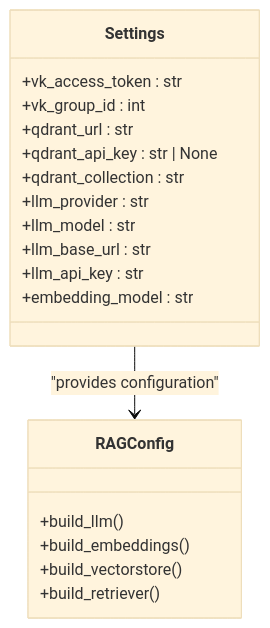
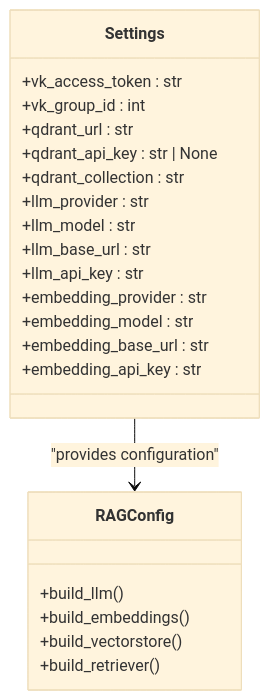
The fifth of 21 diagrams in .qoder/repowiki/en/content/RAG Integration/RAG Integration.md (ognelis/cafetera_hr_bot), drawn with Mermaid (base theme) before and after one commit. The commit also changed other lines of this file and 4 other files, not shown here.

````diff
--- a/.qoder/repowiki/en/content/RAG Integration/RAG Integration.md
+++ b/.qoder/repowiki/en/content/RAG Integration/RAG Integration.md
@@ -394,22 +426,25 @@
 ```mermaid
 classDiagram
 class Settings {
 +vk_access_token : str
 +vk_group_id : int
 +qdrant_url : str
 +qdrant_api_key : str | None
 +qdrant_collection : str
 +llm_provider : str
 +llm_model : str
 +llm_base_url : str
 +llm_api_key : str
++embedding_provider : str
 +embedding_model : str
++embedding_base_url : str
++embedding_api_key : str
 }
 class RAGConfig {
 +build_llm()
 +build_embeddings()
 +build_vectorstore()
 +build_retriever()
 }
 Settings --> RAGConfig : "provides configuration"
 ```
````
